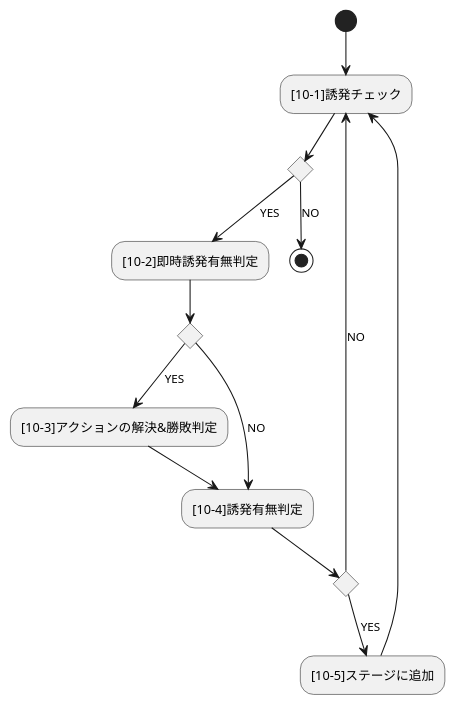
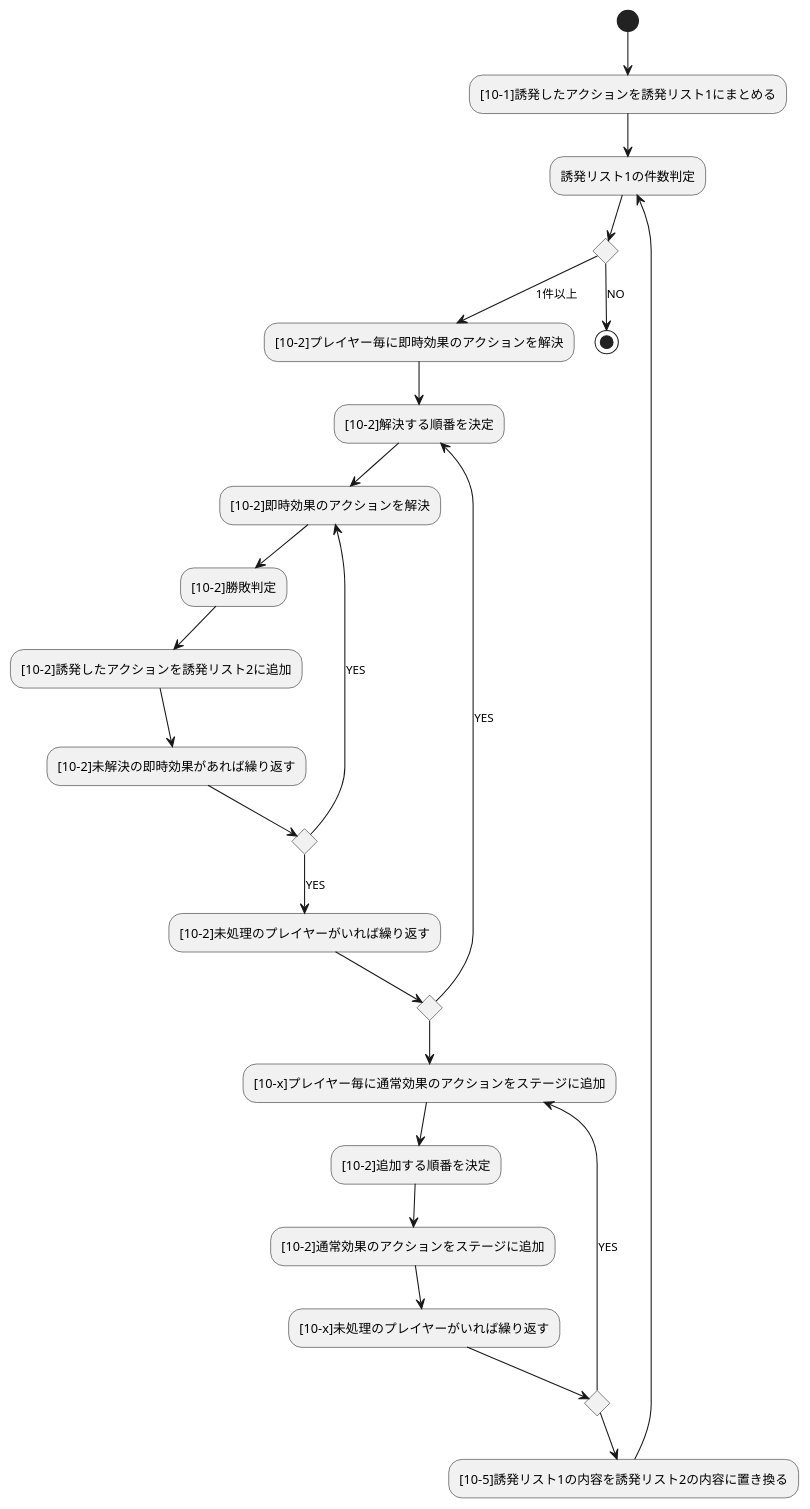
One commit to BlackPoker/BlackPoker changed the diagram in source/core/triggerflow.puml. Above: the diagram before and after it, drawn with PlantUML.

Commit message:
改良中ですが、とりあえず作りました。
プレイヤーごとに、即時リスト、通常リストを分けて即時中に誘発したらその場で処理した方が記憶量が少ないかも？？

```diff
--- a/source/core/triggerflow.puml
+++ b/source/core/triggerflow.puml
@@ -1,24 +1,36 @@
 @startuml
-(*) --> "[10-1]誘発チェック"
+(*) --> "[10-1]誘発したアクションを誘発リスト1にまとめる"
+--> "誘発リスト1の件数判定"
 
 if "" then
-    -->[YES] "[10-2]即時誘発有無判定"
+    -->[1件以上] "[10-2]プレイヤー毎に即時効果のアクションを解決"
+    -->"[10-2]解決する順番を決定"
+    -->"[10-2]即時効果のアクションを解決"
+    -->"[10-2]勝敗判定"
+    -->"[10-2]誘発したアクションを誘発リスト2に追加"
+    -->"[10-2]未解決の即時効果があれば繰り返す"
     if "" then
-        -->[YES] "[10-3]アクションの解決&勝敗判定"
-        --> "[10-4]誘発有無判定"
+        -->[YES] "[10-2]即時効果のアクションを解決"
     else
-        -->[NO] "[10-4]誘発有無判定"
-    endif
-
-    if "" then
-        -->[YES] "[10-5]ステージに追加"
-        --> "[10-1]誘発チェック"
-    else
-        -->[NO] "[10-1]誘発チェック"
+        -->[YES] "[10-2]未処理のプレイヤーがいれば繰り返す"
+        if "" then
+            -->[YES] "[10-2]解決する順番を決定"
+        else
+            -->"[10-x]プレイヤー毎に通常効果のアクションをステージに追加"
+            -->"[10-2]追加する順番を決定"
+            -->"[10-2]通常効果のアクションをステージに追加"
+            -->"[10-x]未処理のプレイヤーがいれば繰り返す"
+            if "" then
+                -->[YES] "[10-x]プレイヤー毎に通常効果のアクションをステージに追加"
+            else
+                -->"[10-5]誘発リスト1の内容を誘発リスト2の内容に置き換る"
+                -->"誘発リスト1の件数判定"
+            endif
+        endif
     endif
 
 else
     -->[NO] (*)
 endif
 
 @enduml
```
